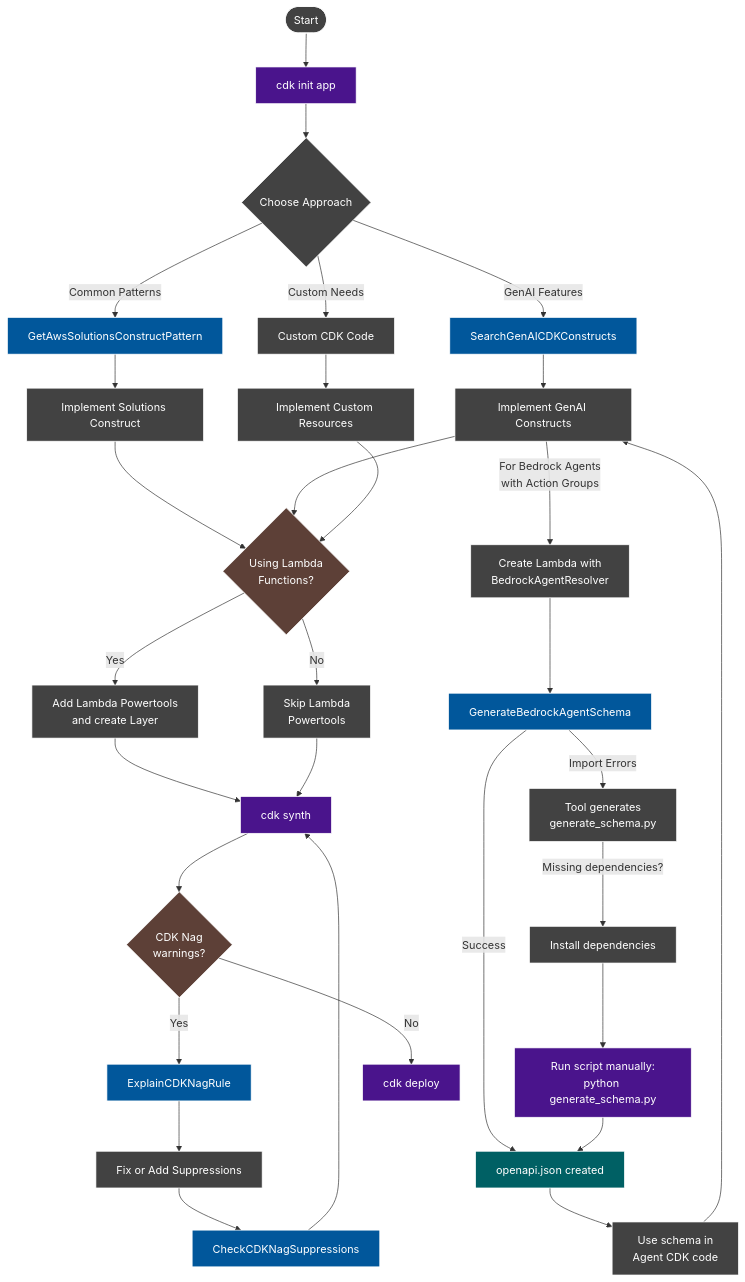
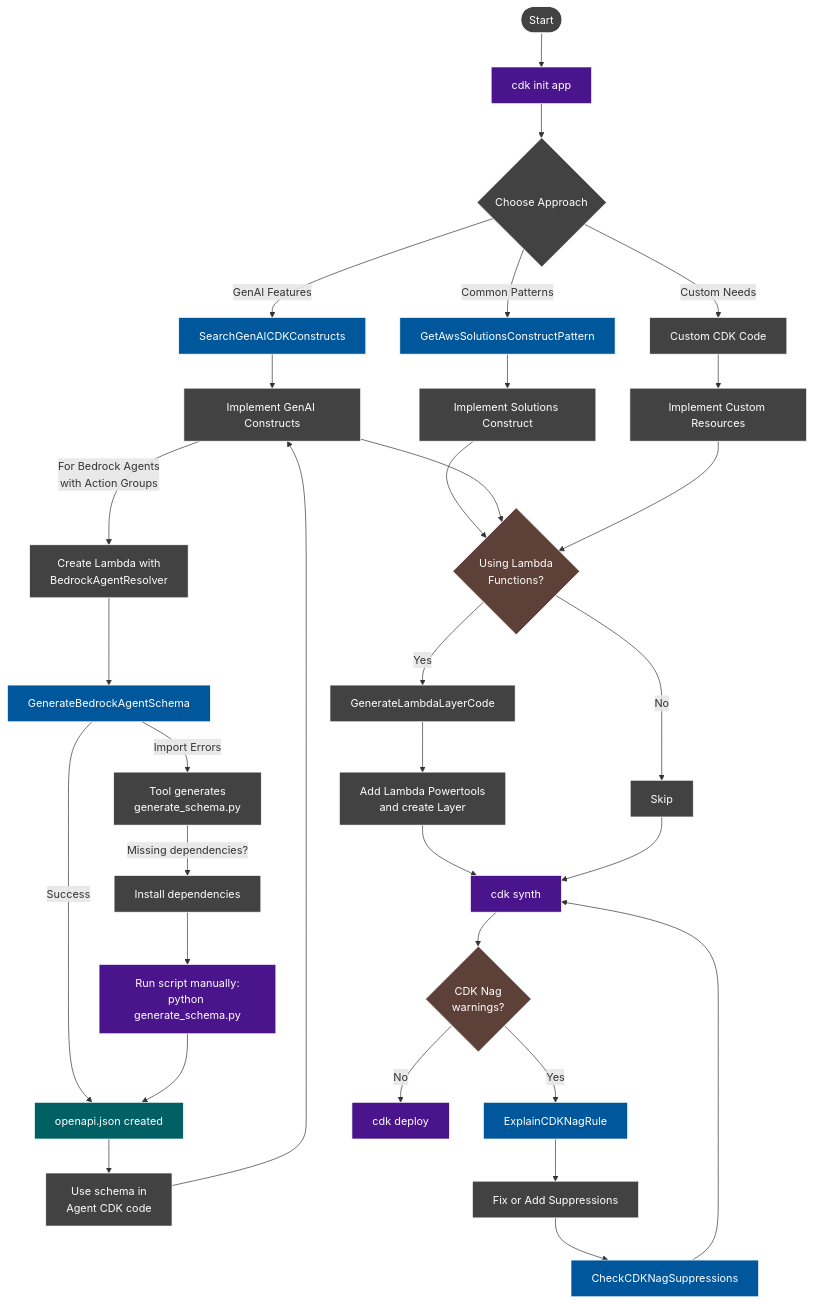
Before and after one commit to awslabs/mcp: the diagram in src/cdk-mcp-server/README.md, drawn with Mermaid. The commit also changed 6 other files, not shown here.

First line of the commit message:
feat(cdk-server): add Lambda layer generator tool

````diff
--- a/src/cdk-mcp-server/README.md
+++ b/src/cdk-mcp-server/README.md
@@ -47,58 +47,59 @@
 ```mermaid
 graph TD
     Start([Start]) --> Init["cdk init app"]
     
     Init --> B{Choose Approach}
     B -->|"Common Patterns"| C1["GetAwsSolutionsConstructPattern"]
     B -->|"GenAI Features"| C2["SearchGenAICDKConstructs"]
     B -->|"Custom Needs"| C3["Custom CDK Code"]
     
     C1 --> D1["Implement Solutions Construct"]
     C2 --> D2["Implement GenAI Constructs"]
     C3 --> D3["Implement Custom Resources"]
     
     %% Bedrock Agent with Action Groups specific flow
     D2 -->|"For Bedrock Agents<br/>with Action Groups"| BA["Create Lambda with<br/>BedrockAgentResolver"]
     
     %% Schema generation flow
     BA --> BS["GenerateBedrockAgentSchema"]
     BS -->|"Success"| JSON["openapi.json created"]
     BS -->|"Import Errors"| BSF["Tool generates<br/>generate_schema.py"]
     BSF -->|"Missing dependencies?"| InstallDeps["Install dependencies"]
     InstallDeps --> BSR["Run script manually:<br/>python generate_schema.py"]
     BSR --> JSON["openapi.json created"]
     
     %% Use schema in Agent CDK
     JSON --> AgentCDK["Use schema in<br/>Agent CDK code"]
     AgentCDK --> D2
     
     %% Conditional Lambda Powertools implementation
     D1 & D2 & D3 --> HasLambda{"Using Lambda<br/>Functions?"}
-    HasLambda -->|"Yes"| L["Add Lambda Powertools<br/>and create Layer"]
-    HasLambda -->|"No"| SkipL["Skip Lambda<br/>Powertools"]
+    HasLambda -->|"Yes"| L1["GenerateLambdaLayerCode"]
+    L1 --> L["Add Lambda Powertools<br/>and create Layer"]
+    HasLambda -->|"No"| SkipL["Skip"]
     
     %% Rest of workflow
     L --> Synth["cdk synth"]
     SkipL --> Synth
     
     Synth --> Nag{"CDK Nag<br/>warnings?"}
     Nag -->|Yes| E["ExplainCDKNagRule"]
     Nag -->|No| Deploy["cdk deploy"]
     
     E --> Fix["Fix or Add Suppressions"]
     Fix --> CN["CheckCDKNagSuppressions"]
     CN --> Synth
     
     %% Styling with darker colors
     classDef default fill:#424242,stroke:#ffffff,stroke-width:1px,color:#ffffff;
     classDef cmd fill:#4a148c,stroke:#ffffff,stroke-width:1px,color:#ffffff;
     classDef tool fill:#01579b,stroke:#ffffff,stroke-width:1px,color:#ffffff;
     classDef note fill:#1b5e20,stroke:#ffffff,stroke-width:1px,color:#ffffff;
     classDef output fill:#006064,stroke:#ffffff,stroke-width:1px,color:#ffffff;
     classDef decision fill:#5d4037,stroke:#ffffff,stroke-width:1px,color:#ffffff;
     
     class Init,Synth,Deploy,BSR cmd;
     class C1,C2,BS,E,CN tool;
     class JSON output;
     class HasLambda,Nag decision;
 ```
````
